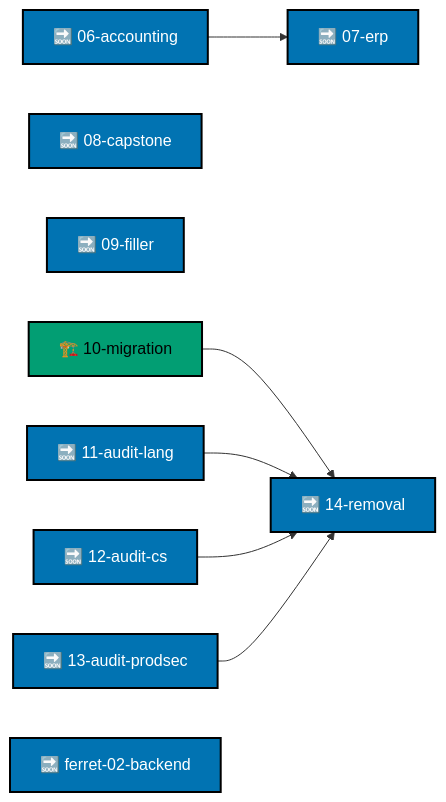
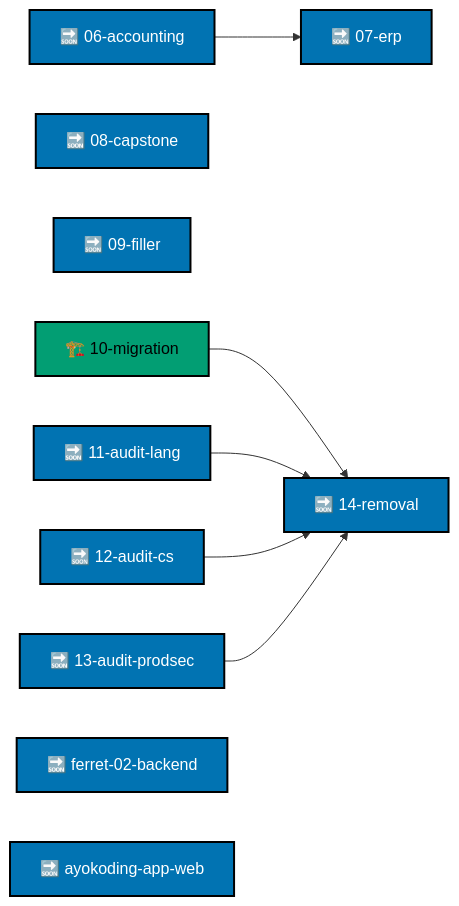
The diagram in plans/README.md (wahidyankf/ose-public), drawn with Mermaid before and after one commit. The commit also changed other lines of this file and 58 other files, not shown here.

Commit message:
chore(plans): add AyoKoding Phoenix rewrite backlog

````diff
--- a/plans/README.md
+++ b/plans/README.md
@@ -32,23 +32,24 @@
 ```mermaid
 flowchart LR
   accTitle: Plan order
-  accDescr: Ten live plans ordered by their Depends-on declarations.
+  accDescr: Eleven live plans; the Phoenix rewrite runs independently of the AyoKoding content series.
   P06["🔜 06-accounting"]:::backlog
   P07["🔜 07-erp"]:::backlog
   P08["🔜 08-capstone"]:::backlog
   P09["🔜 09-filler"]:::backlog
   P10["🏗️ 10-migration"]:::inprogress
   P11["🔜 11-audit-lang"]:::backlog
   P12["🔜 12-audit-cs"]:::backlog
   P13["🔜 13-audit-prodsec"]:::backlog
   P14["🔜 14-removal"]:::backlog
   FER["🔜 ferret-02-backend"]:::backlog
+  PHX["🔜 ayokoding-app-web"]:::backlog
   P06 --> P07
   P10 --> P14
   P11 --> P14
   P12 --> P14
   P13 --> P14
   classDef backlog fill:#0173B2,stroke:#000000,color:#FFFFFF,stroke-width:2px
   classDef inprogress fill:#029E73,stroke:#000000,color:#000000,stroke-width:2px
   classDef default fill:#FFFFFF,stroke:#000000,color:#000000
 ```
````
